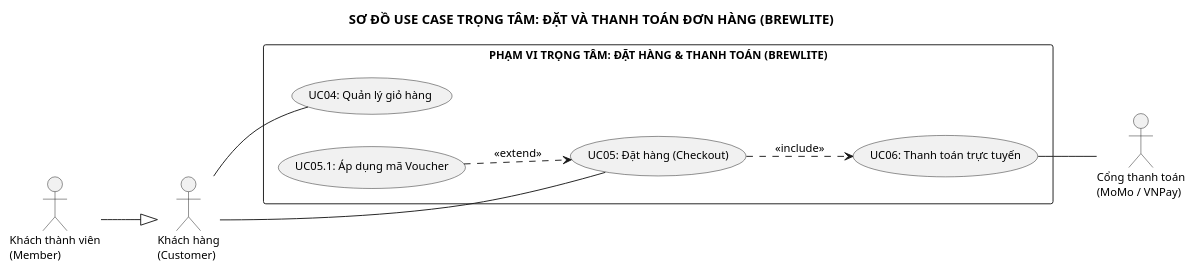
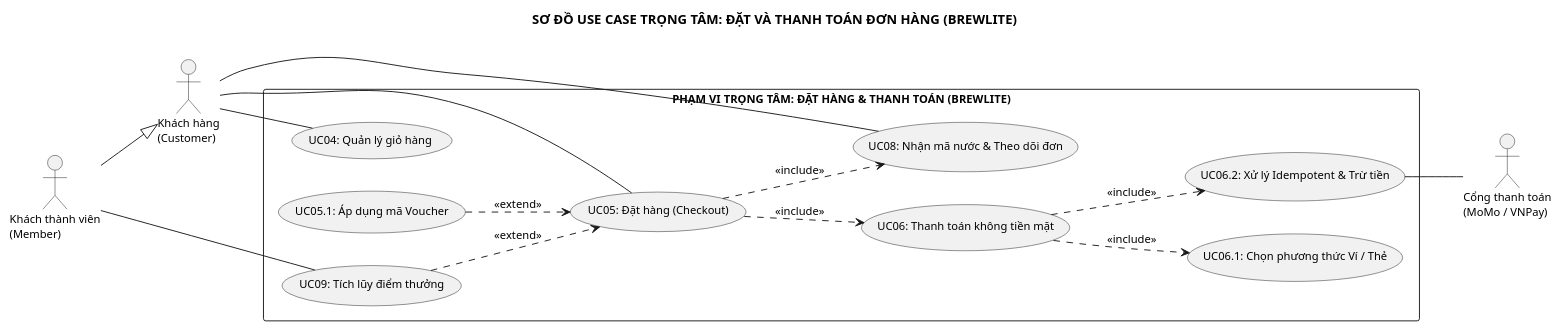
One commit to nphat-code/swe-project changed the diagram in docs/diagrams/use-case/use-case-checkout.puml. Above: the diagram before and after it, drawn with PlantUML. The commit also changed 2 other files, not shown here.

Commit message:
docs(use-case): enrich core checkout use case diagram with payment decomposition and loyalty/pickup flows

```diff
--- a/docs/diagrams/use-case/use-case-checkout.puml
+++ b/docs/diagrams/use-case/use-case-checkout.puml
@@ -1,30 +1,43 @@
 @startuml use-case-checkout
 title SƠ ĐỒ USE CASE TRỌNG TÂM: ĐẶT VÀ THANH TOÁN ĐƠN HÀNG (BREWLITE)
 left to right direction
 skinparam monochrome true
 skinparam shadowing false
 skinparam defaultFontName "Arial"
 skinparam defaultFontSize 12
 skinparam packageStyle rectangle
 
 actor "Khách hàng\n(Customer)" as Customer
 actor "Khách thành viên\n(Member)" as Member
 actor "Cổng thanh toán\n(MoMo / VNPay)" as PaymentGW
 
 Member --|> Customer
 
 rectangle "PHẠM VI TRỌNG TÂM: ĐẶT HÀNG & THANH TOÁN (BREWLITE)" {
     usecase "UC04: Quản lý giỏ hàng" as UC4
     usecase "UC05: Đặt hàng (Checkout)" as UC5
     usecase "UC05.1: Áp dụng mã Voucher" as UC5_1
-    usecase "UC06: Thanh toán trực tuyến" as UC6
+    
+    usecase "UC06: Thanh toán không tiền mặt" as UC6
+    usecase "UC06.1: Chọn phương thức Ví / Thẻ" as UC6_1
+    usecase "UC06.2: Xử lý Idempotent & Trừ tiền" as UC6_2
+    
+    usecase "UC08: Nhận mã nước & Theo dõi đơn" as UC8
+    usecase "UC09: Tích lũy điểm thưởng" as UC9
 }
 
 Customer -- UC4
 Customer -- UC5
+Customer -- UC8
 
 UC5 ..> UC6 : <<include>>
 UC5_1 ..> UC5 : <<extend>>
 
-UC6 -- PaymentGW
+UC6 ..> UC6_1 : <<include>>
+UC6 ..> UC6_2 : <<include>>
+UC6_2 -- PaymentGW
+
+UC5 ..> UC8 : <<include>>
+UC9 ..> UC5 : <<extend>>
+Member -- UC9
 @enduml
```
